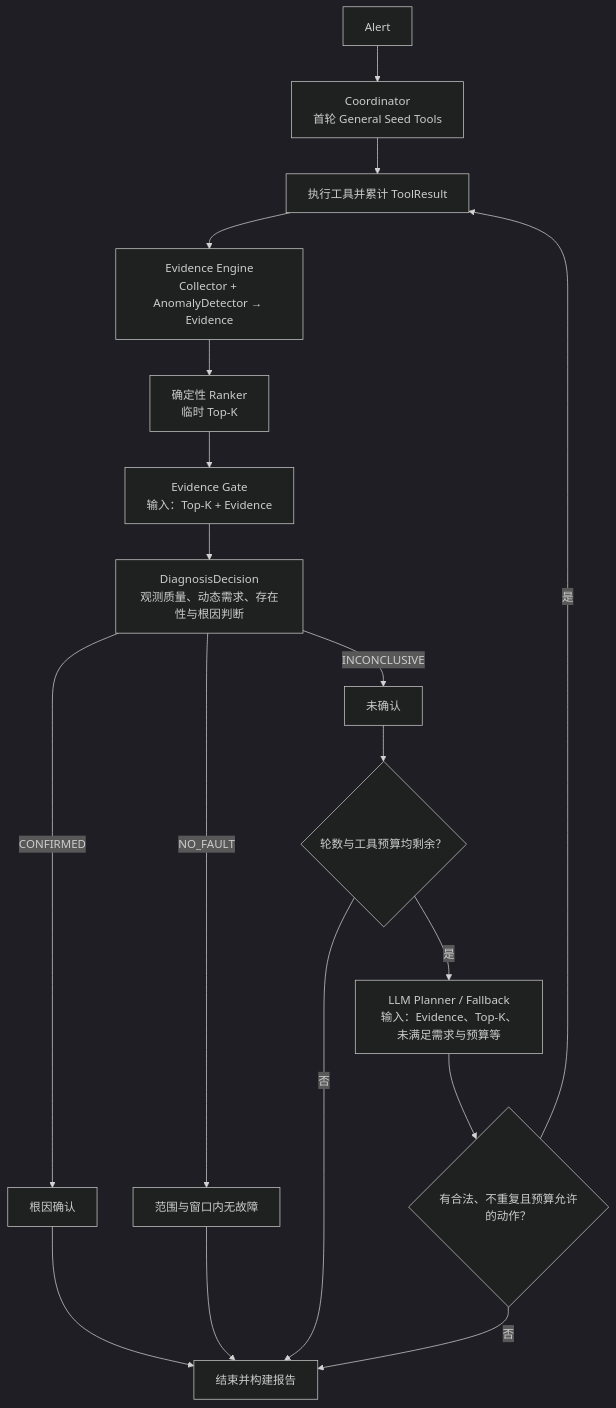
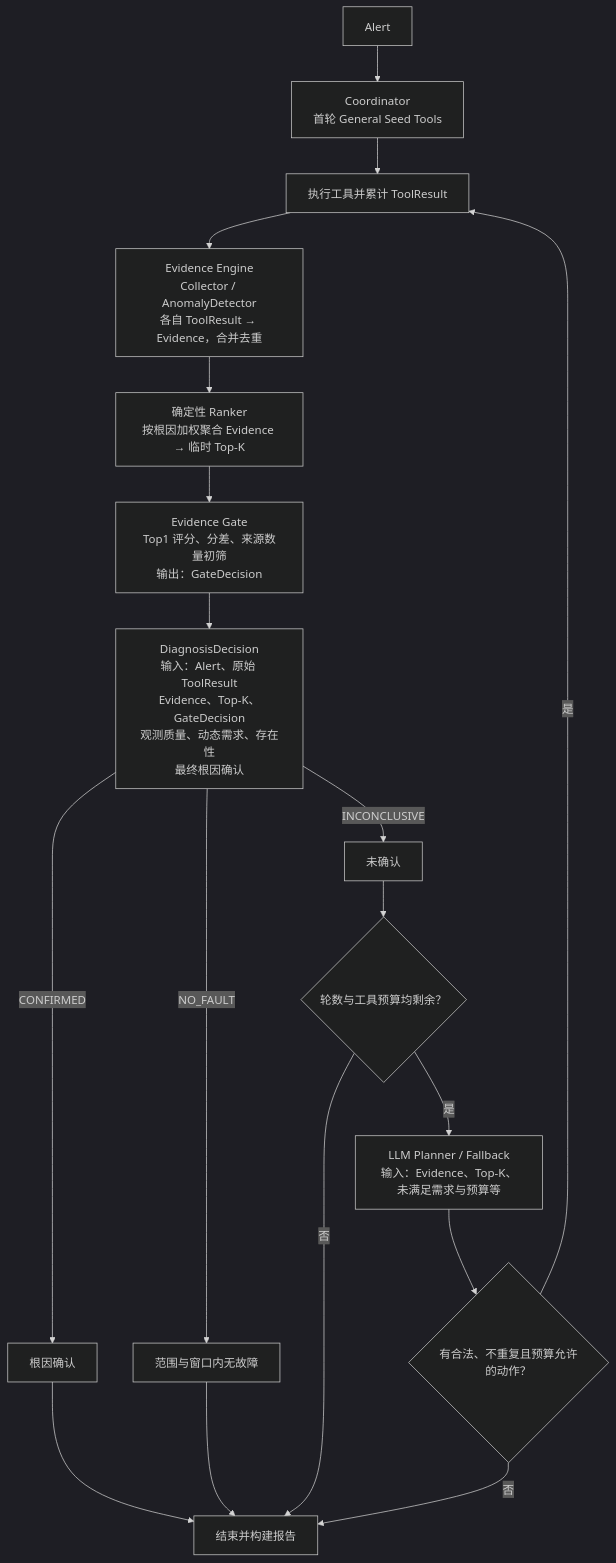
Before and after one commit to 1hao1hao/OpsPilot: the first of 2 diagrams in README.md, drawn with Mermaid (dark theme).

Commit message:
docs: clarify four investigation flow node labels

````diff
--- a/README.md
+++ b/README.md
@@ -11,20 +11,20 @@
 ```mermaid
 flowchart TD
     A["Alert"] --> C["Coordinator<br/>首轮 General Seed Tools"]
     C --> T["执行工具并累计 ToolResult"]
-    T --> E["Evidence Engine<br/>Collector + AnomalyDetector → Evidence"]
-    E --> R["确定性 Ranker<br/>临时 Top-K"]
-    R --> G["Evidence Gate<br/>输入：Top-K + Evidence"]
-    G --> D["DiagnosisDecision<br/>观测质量、动态需求、存在性与根因判断"]
+    T --> E["Evidence Engine<br/>Collector / AnomalyDetector<br/>各自 ToolResult → Evidence，合并去重"]
+    E --> R["确定性 Ranker<br/>按根因加权聚合 Evidence → 临时 Top-K"]
+    R --> G["Evidence Gate<br/>Top1 评分、分差、来源数量初筛<br/>输出：GateDecision"]
+    G --> D["DiagnosisDecision<br/>输入：Alert、原始 ToolResult<br/>Evidence、Top-K、GateDecision<br/>观测质量、动态需求、存在性<br/>最终根因确认"]
     D -->|CONFIRMED| F["根因确认"]
     D -->|NO_FAULT| N["范围与窗口内无故障"]
     D -->|INCONCLUSIVE| I["未确认"]
     F --> END["结束并构建报告"]
     N --> END
     I --> B{"轮数与工具预算均剩余？"}
     B -->|否| END
     B -->|是| P["LLM Planner / Fallback<br/>输入：Evidence、Top-K、未满足需求与预算等"]
     P --> V{"有合法、不重复且预算允许的动作？"}
     V -->|否| END
     V -->|是| T
 ```
````
